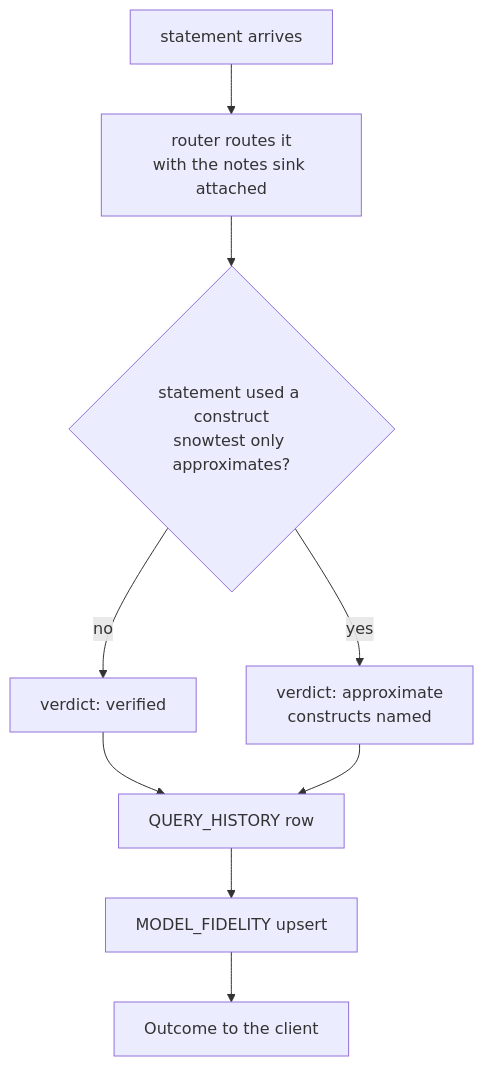
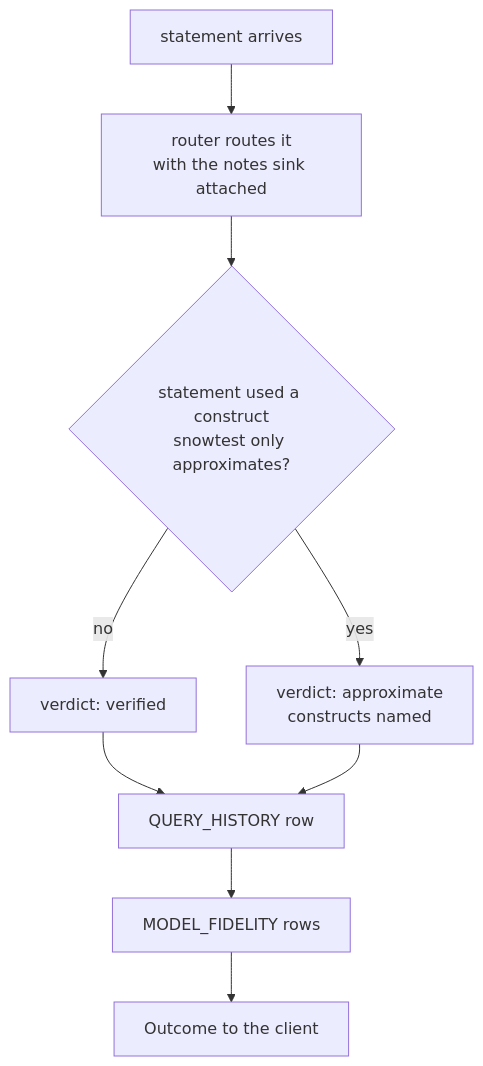
Before and after one commit to sri369c/SnowTest: the second of 3 diagrams in release_notes/5.0.0.md, drawn with Mermaid. The commit also changed other lines of this file and 17 other files, not shown here.

````diff
--- a/release_notes/5.0.0.md
+++ b/release_notes/5.0.0.md
@@ -39,11 +34,11 @@
 ```mermaid
 flowchart TD
   S["statement arrives"] --> R["router routes it<br/>with the notes sink attached"]
   R --> N{"statement used a construct<br/>snowtest only approximates?"}
   N -- "no" --> V["verdict: verified"]
   N -- "yes" --> A["verdict: approximate<br/>constructs named"]
   V --> H["QUERY_HISTORY row"]
   A --> H
-  H --> L["MODEL_FIDELITY upsert"]
+  H --> L["MODEL_FIDELITY rows"]
   L --> O["Outcome to the client"]
 ```
````
